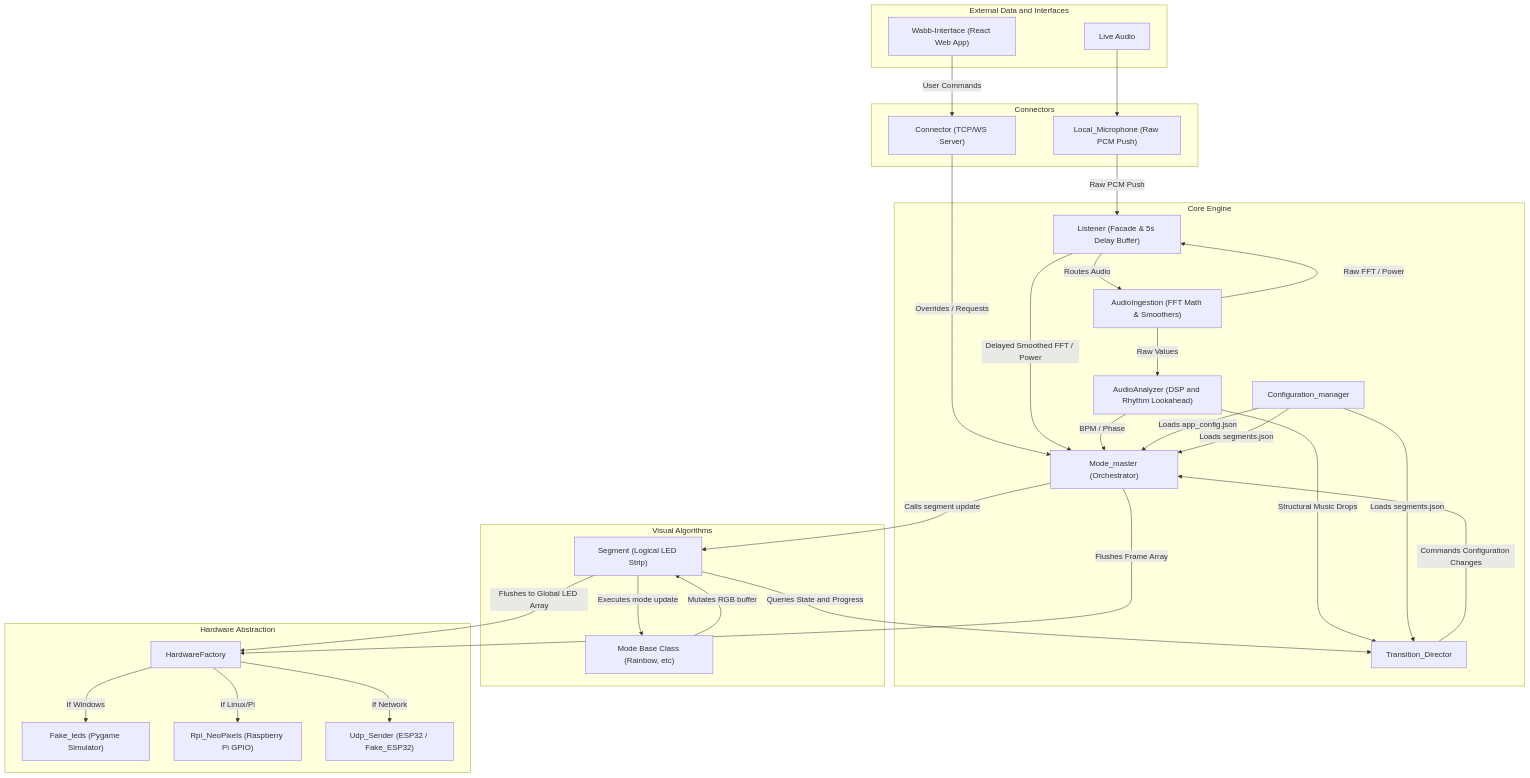
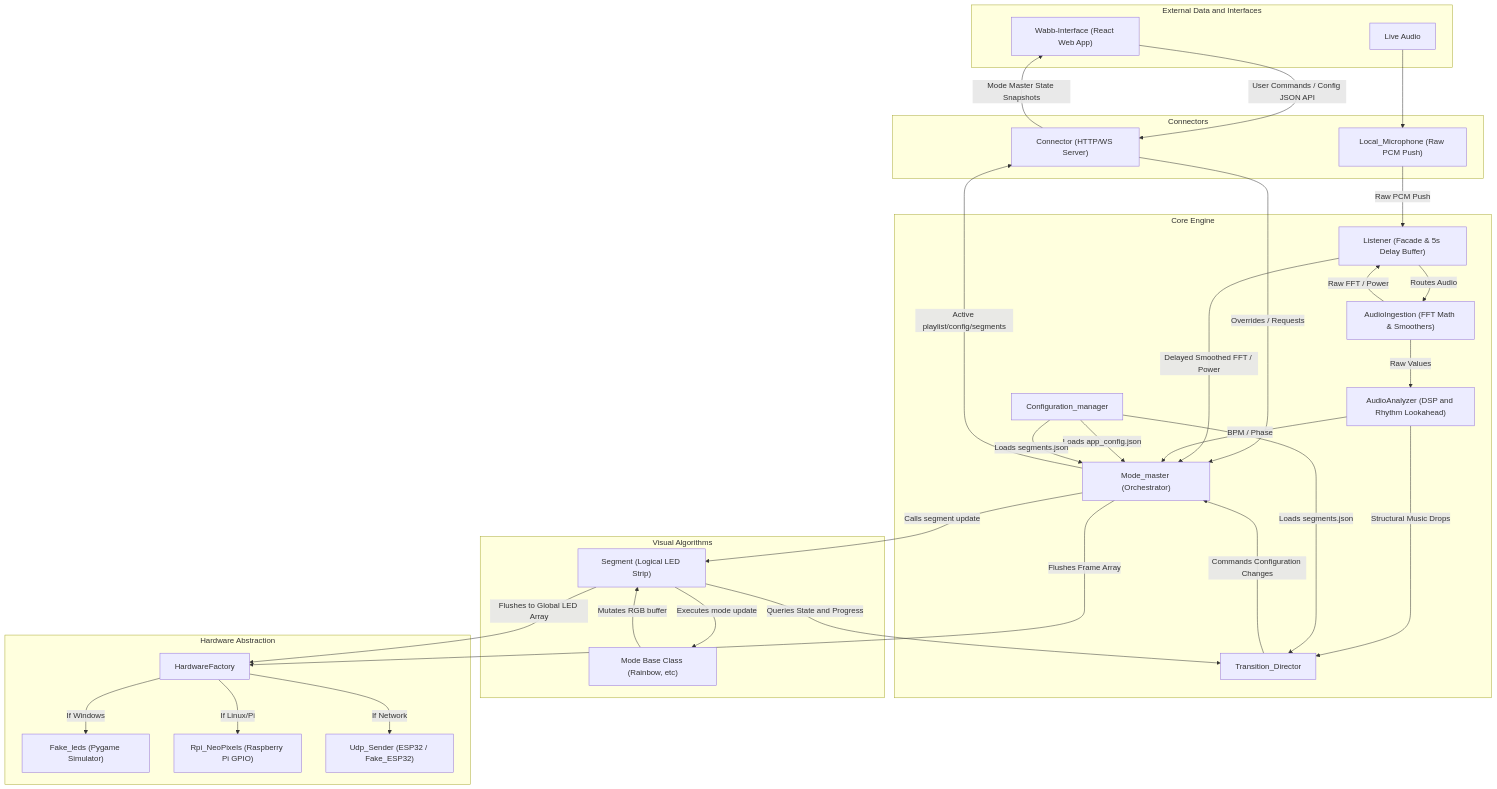
The diagram in project_overview.md (LucRobey/vialactee), drawn with Mermaid before and after one commit. The commit also changed other lines of this file and 19 other files, not shown here.

````diff
--- a/project_overview.md
+++ b/project_overview.md
@@ -13,66 +13,68 @@
 ```mermaid
 graph TD
     %% External Inputs
     subgraph Inputs [External Data and Interfaces]
         Wabb["Wabb-Interface (React Web App)"]
         RoomAudio["Live Audio"]
     end
 
     %% Network and Audio Ingestion
     subgraph Connectors [Connectors]
-        Conn["Connector (TCP/WS Server)"]
+        Conn["Connector (HTTP/WS Server)"]
         Mic["Local_Microphone (Raw PCM Push)"]
     end
 
-    Wabb -->|User Commands| Conn
+    Wabb -->|User Commands / Config JSON API| Conn
+    Conn -->|Mode Master State Snapshots| Wabb
     RoomAudio --> Mic
 
     %% Core Processing Engine
     subgraph Core [Core Engine]
         Config["Configuration_manager"]
         ListenerFacade["Listener (Facade & 5s Delay Buffer)"]
         AudioIngest["AudioIngestion (FFT Math & Smoothers)"]
         AudioAnalyz["AudioAnalyzer (DSP and Rhythm Lookahead)"]
         ModeMaster["Mode_master (Orchestrator)"]
         TransDir["Transition_Director"]
     end
 
     Mic -->|Raw PCM Push| ListenerFacade
     Conn -->|Overrides / Requests| ModeMaster
+    ModeMaster -->|Active playlist/config/segments| Conn
     ListenerFacade -->|Routes Audio| AudioIngest
     AudioIngest -->|Raw Values| AudioAnalyz
     AudioIngest -->|Raw FFT / Power| ListenerFacade
     ListenerFacade -->|Delayed Smoothed FFT / Power| ModeMaster
     AudioAnalyz -->|BPM / Phase| ModeMaster
     AudioAnalyz -->|Structural Music Drops| TransDir
     TransDir -->|Commands Configuration Changes| ModeMaster
 
     %% Animation and Visuals
     subgraph Visuals [Visual Algorithms]
         Mode["Mode Base Class (Rainbow, etc)"]
         Seg["Segment (Logical LED Strip)"]
     end
 
     Config -->|Loads app_config.json| ModeMaster
     Config -->|Loads segments.json| ModeMaster
     Config -->|Loads segments.json| TransDir
 
     ModeMaster -->|Calls segment update| Seg
     Seg -->|Queries State and Progress| TransDir
     Seg -->|Executes mode update| Mode
     Mode -->|Mutates RGB buffer| Seg
     Seg -->|Flushes to Global LED Array| HwFac
 
     %% Hardware Output Layer
     subgraph Hardware [Hardware Abstraction]
         HwFac["HardwareFactory"]
         Fake["Fake_leds (Pygame Simulator)"]
         Rpi["Rpi_NeoPixels (Raspberry Pi GPIO)"]
         UDP["Udp_Sender (ESP32 / Fake_ESP32)"]
     end
 
     ModeMaster -->|Flushes Frame Array| HwFac
     HwFac -->|If Windows| Fake
     HwFac -->|If Linux/Pi| Rpi
     HwFac -->|If Network| UDP
 ```
````
